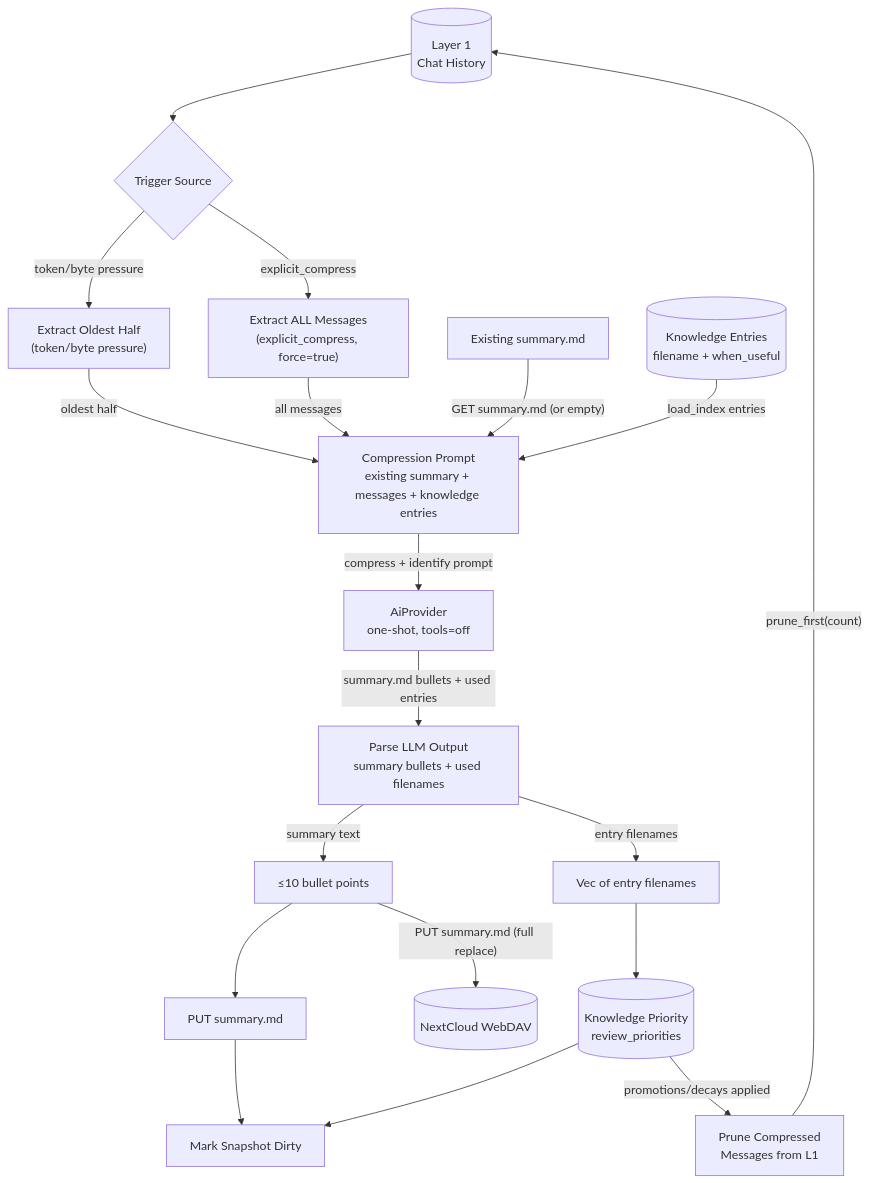
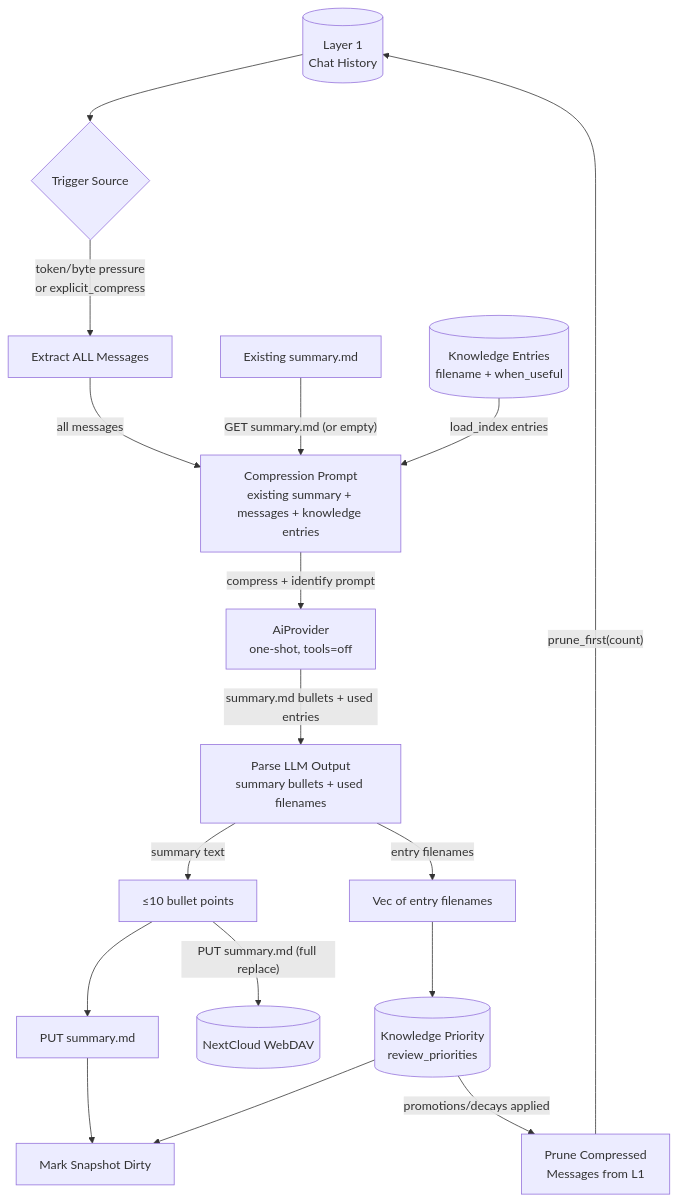
The second of 6 diagrams in _dfd/memory/memory-compression.md (cosmoswafer/rockbot), drawn with Mermaid before and after one commit. The commit also changed other lines of this file and 6 other files, not shown here.

First line of the commit message:
fix(compression): strip all messages in both modes, fix summary.md fallback

````diff
--- a/_dfd/memory/memory-compression.md
+++ b/_dfd/memory/memory-compression.md
@@ -77,38 +76,35 @@
 ```mermaid
 flowchart TD
     L1[(Layer 1<br/>Chat History)]
     TRIGGER{Trigger Source}
-    EXTRACT_HALF["Extract Oldest Half<br/>(token/byte pressure)"]
-    EXTRACT_ALL["Extract ALL Messages<br/>(explicit_compress, force=true)"]
+    EXTRACT_ALL["Extract ALL Messages"]
     EXISTING[Existing summary.md]
     KNOWLEDGE[(Knowledge Entries<br/>filename + when_useful)]
     AI[AiProvider<br/>one-shot, tools=off]
     PROMPT["Compression Prompt<br/>existing summary + messages + knowledge entries"]
     PARSE["Parse LLM Output<br/>summary bullets + used filenames"]
     SUMMARY["≤10 bullet points"]
     USED["Vec of entry filenames"]
     WRITE[PUT summary.md]
     WEBDAV[(NextCloud WebDAV)]
     PRIORITY[(Knowledge Priority<br/>review_priorities)]
     PRUNE["Prune Compressed<br/>Messages from L1"]
     DIRTY[Mark Snapshot Dirty]
 
     L1 --> TRIGGER
-    TRIGGER -->|"token/byte pressure"| EXTRACT_HALF
-    TRIGGER -->|"explicit_compress"| EXTRACT_ALL
-    EXTRACT_HALF -->|"oldest half"| PROMPT
+    TRIGGER -->|"token/byte pressure<br/>or explicit_compress"| EXTRACT_ALL
     EXTRACT_ALL -->|"all messages"| PROMPT
     EXISTING -->|"GET summary.md (or empty)"| PROMPT
     KNOWLEDGE -->|"load_index entries"| PROMPT
     PROMPT -->|"compress + identify prompt"| AI
     AI -->|"summary.md bullets + used entries"| PARSE
     PARSE -->|"summary text"| SUMMARY
     PARSE -->|"entry filenames"| USED
     SUMMARY -->|"PUT summary.md (full replace)"| WEBDAV
     SUMMARY --> WRITE
     USED --> PRIORITY
     PRIORITY -->|"promotions/decays applied"| PRUNE
     PRUNE -->|"prune_first(count)"| L1
     WRITE --> DIRTY
     PRIORITY --> DIRTY
 ```
````
